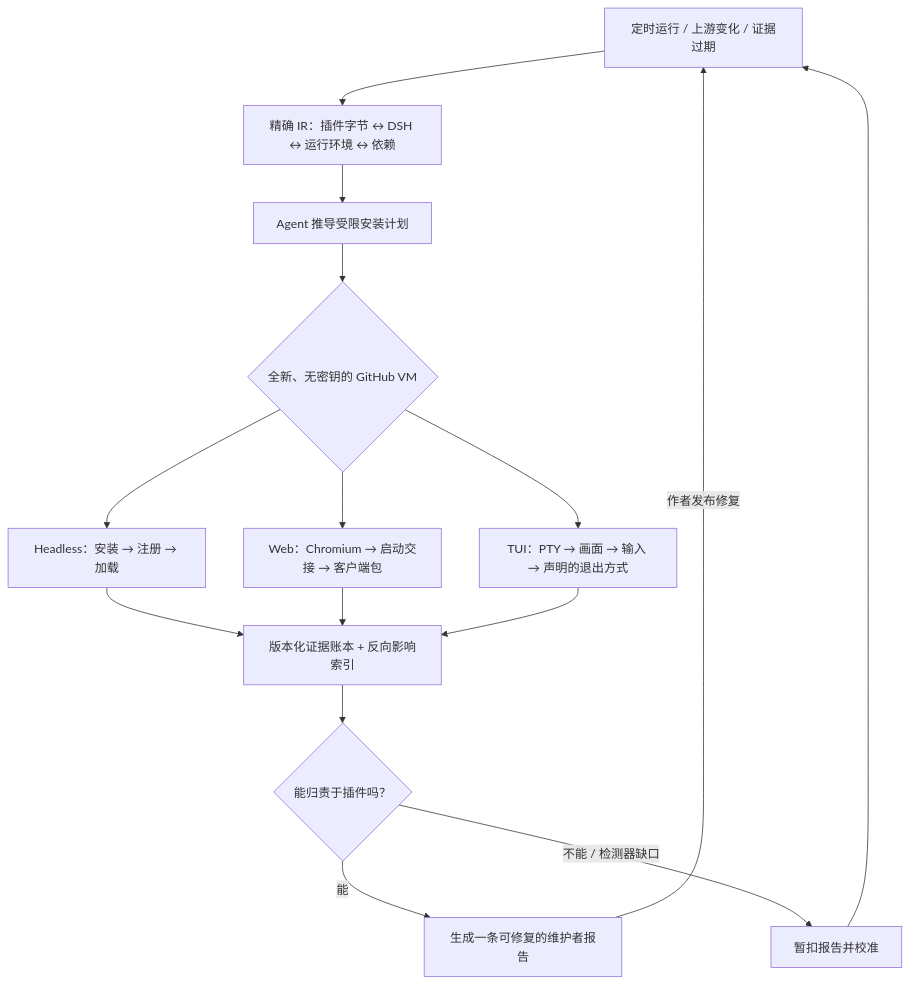
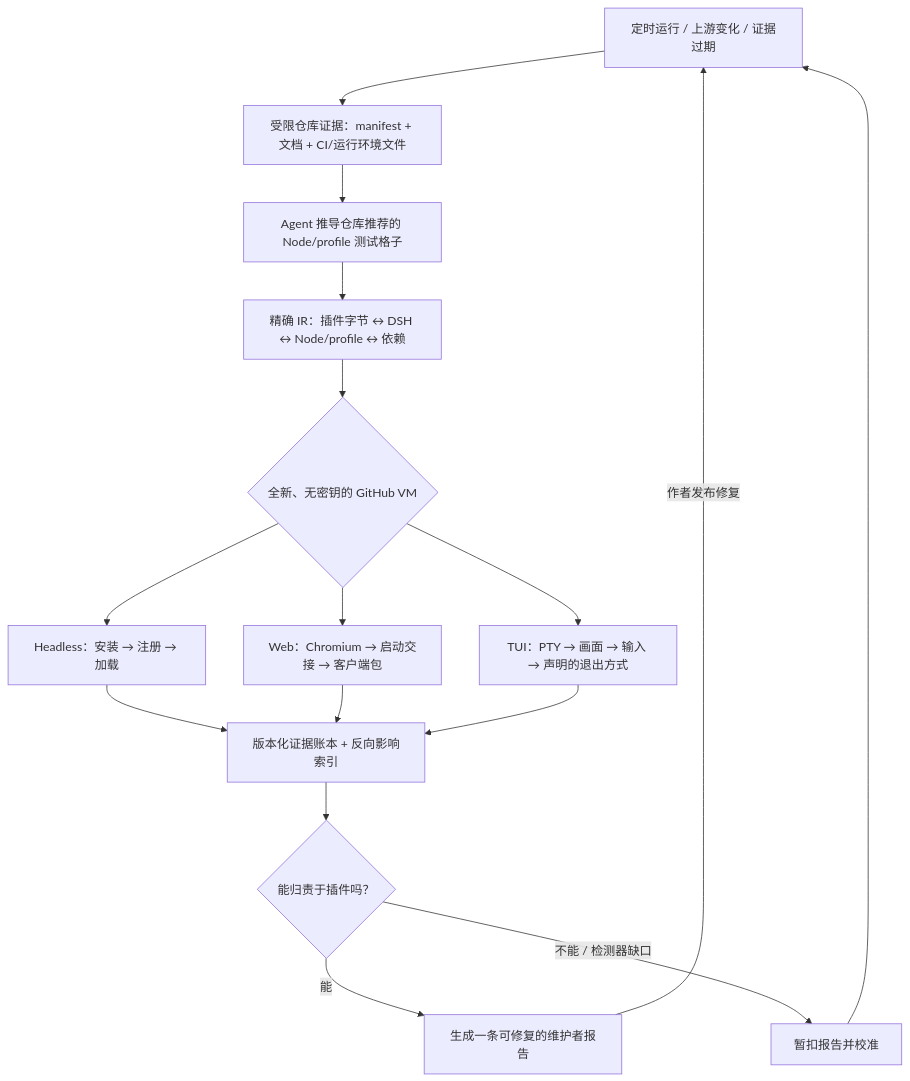
Before and after one commit to MicroMilo/upstream-radar: the diagram in README-zh-CN.md, drawn with Mermaid. The commit also changed other lines of this file and 59 other files, not shown here.

````diff
--- a/README-zh-CN.md
+++ b/README-zh-CN.md
@@ -46,17 +46,18 @@
 ```mermaid
 flowchart TB
-  Trigger["定时运行 / 上游变化 / 证据过期"] --> IR["精确 IR：插件字节 ↔ DSH ↔ 运行环境 ↔ 依赖"]
-  IR --> Agent["Agent 推导受限安装计划"]
-  Agent --> VM{"全新、无密钥的 GitHub VM"}
+  Trigger["定时运行 / 上游变化 / 证据过期"] --> Intent["受限仓库证据：manifest + 文档 + CI/运行环境文件"]
+  Intent --> Agent["Agent 推导仓库推荐的 Node/profile 测试格子"]
+  Agent --> IR["精确 IR：插件字节 ↔ DSH ↔ Node/profile ↔ 依赖"]
+  IR --> VM{"全新、无密钥的 GitHub VM"}
   VM --> Headless["Headless：安装 → 注册 → 加载"]
   VM --> Web["Web：Chromium → 启动交接 → 客户端包"]
   VM --> TUI["TUI：PTY → 画面 → 输入 → 声明的退出方式"]
   Headless --> Ledger["版本化证据账本 + 反向影响索引"]
   Web --> Ledger
   TUI --> Ledger
   Ledger --> Decision{"能归责于插件吗？"}
   Decision -->|"能"| Issue["生成一条可修复的维护者报告"]
   Decision -->|"不能 / 检测器缺口"| Hold["暂扣报告并校准"]
   Issue -->|"作者发布修复"| Trigger
   Hold --> Trigger
 ```
````
